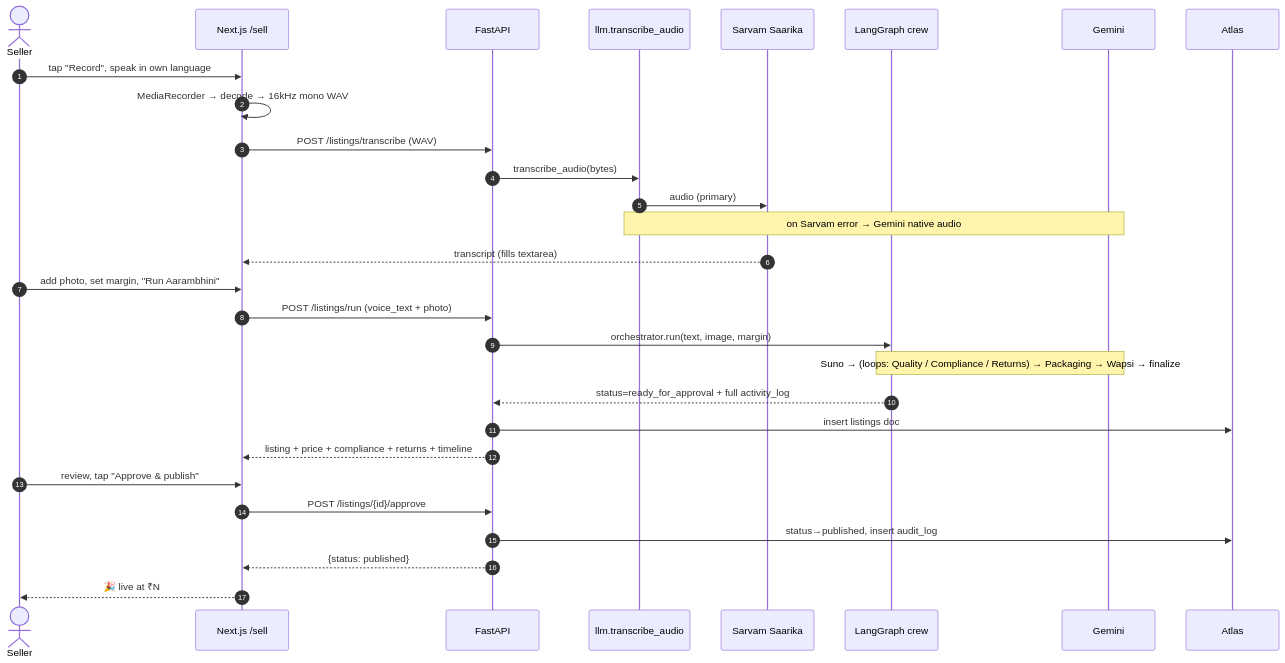
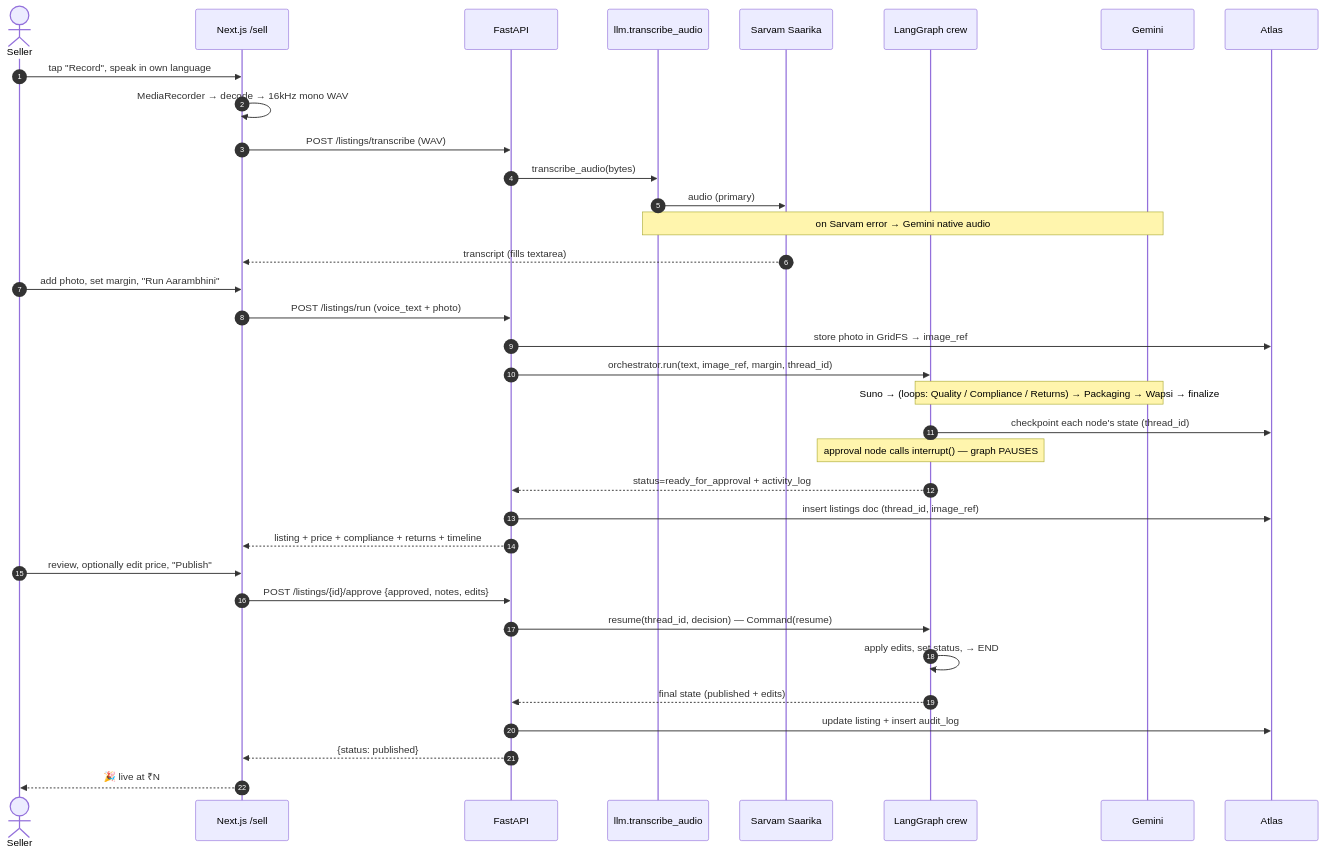
One commit to sandana1918/Aarambhini changed the fourth of 4 diagrams in docs/ARCHITECTURE.md. Above: the diagram before and after it, drawn with Mermaid. The commit also changed other lines of this file, not shown here.

First line of the commit message:
docs: reflect durable checkpointing, GridFS images, and the real approval interrupt

````diff
--- a/docs/ARCHITECTURE.md
+++ b/docs/ARCHITECTURE.md
@@ -263,35 +282,41 @@
 ```mermaid
 sequenceDiagram
     autonumber
     actor Seller
     participant UI as Next.js /sell
     participant API as FastAPI
     participant STT as llm.transcribe_audio
     participant SARV as Sarvam Saarika
     participant ORCH as LangGraph crew
     participant GEM as Gemini
     participant DB as Atlas
 
     Seller->>UI: tap "Record", speak in own language
     UI->>UI: MediaRecorder → decode → 16kHz mono WAV
     UI->>API: POST /listings/transcribe (WAV)
     API->>STT: transcribe_audio(bytes)
     STT->>SARV: audio (primary)
     Note over STT,GEM: on Sarvam error → Gemini native audio
     SARV-->>UI: transcript (fills textarea)
 
     Seller->>UI: add photo, set margin, "Run Aarambhini"
     UI->>API: POST /listings/run (voice_text + photo)
-    API->>ORCH: orchestrator.run(text, image, margin)
+    API->>DB: store photo in GridFS → image_ref
+    API->>ORCH: orchestrator.run(text, image_ref, margin, thread_id)
 
     Note over ORCH,GEM: Suno → (loops: Quality / Compliance / Returns) → Packaging → Wapsi → finalize
-    ORCH-->>API: status=ready_for_approval + full activity_log
-    API->>DB: insert listings doc
+    ORCH->>DB: checkpoint each node's state (thread_id)
+    Note over ORCH: approval node calls interrupt() — graph PAUSES
+    ORCH-->>API: status=ready_for_approval + activity_log
+    API->>DB: insert listings doc (thread_id, image_ref)
     API-->>UI: listing + price + compliance + returns + timeline
 
-    Seller->>UI: review, tap "Approve & publish"
-    UI->>API: POST /listings/{id}/approve
-    API->>DB: status→published, insert audit_log
+    Seller->>UI: review, optionally edit price, "Publish"
+    UI->>API: POST /listings/{id}/approve {approved, notes, edits}
+    API->>ORCH: resume(thread_id, decision) — Command(resume)
+    ORCH->>ORCH: apply edits, set status, → END
+    ORCH-->>API: final state (published + edits)
+    API->>DB: update listing + insert audit_log
     API-->>UI: {status: published}
     UI-->>Seller: 🎉 live at ₹N
 ```
````
